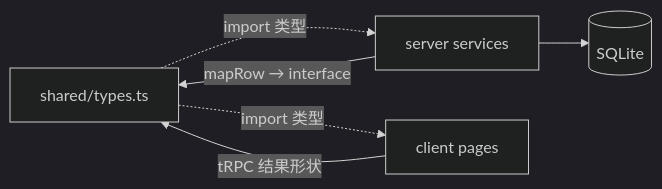
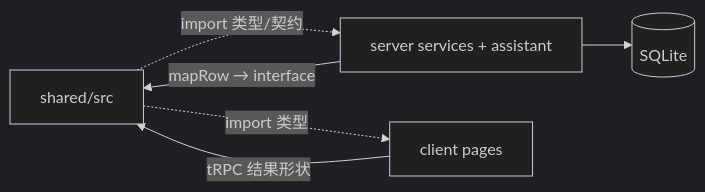
Before and after one commit to Neo-share/personal-work-dashboard: the first of 2 diagrams in shared/ARCHITECTURE.md, drawn with Mermaid (dark theme). The commit also changed other lines of this file and 5 other files, not shown here.

First line of the commit message:
AI: #000000 同步各包 AGENTS 与 ARCHITECTURE 文档

````diff
--- a/shared/ARCHITECTURE.md
+++ b/shared/ARCHITECTURE.md
@@ -11,13 +11,13 @@
 ```mermaid
 flowchart LR
-  Types[shared/types.ts]
-  Server[server services]
+  Types[shared/src]
+  Server[server services + assistant]
   Client[client pages]
   DB[(SQLite)]
 
-  Types -.->|import 类型| Server
+  Types -.->|import 类型/契约| Server
   Types -.->|import 类型| Client
   Server -->|mapRow → interface| Types
   Client -->|tRPC 结果形状| Types
   Server --> DB
 ```
````
